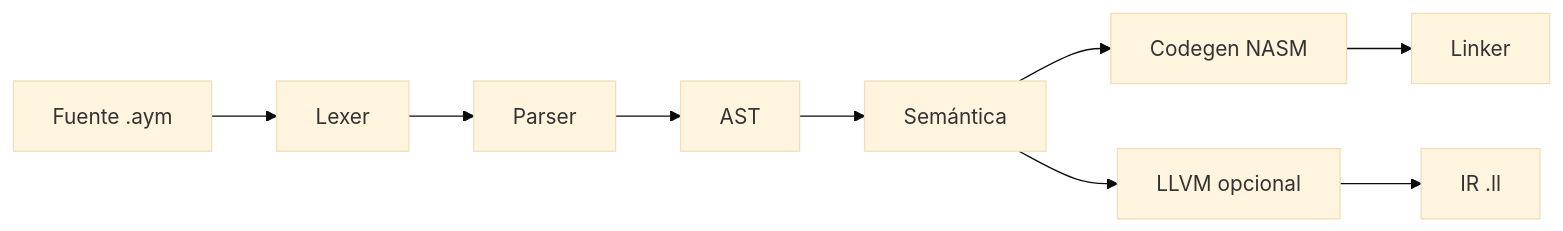
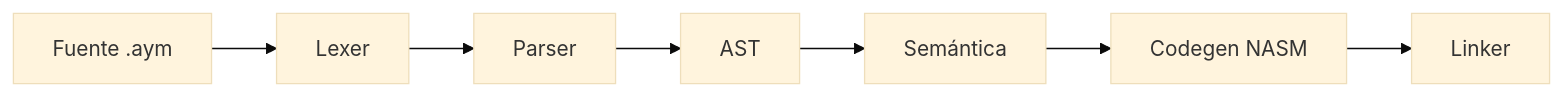
One commit to jhulio435m/aymaraLang changed the diagram in docs/systems_engineering/architecture.md. Above: the diagram before and after it, drawn with Mermaid (base theme). The commit also changed other lines of this file and 221 other files, not shown here.

````diff
--- a/docs/systems_engineering/architecture.md
+++ b/docs/systems_engineering/architecture.md
@@ -11,11 +11,9 @@
 ```mermaid
     flowchart LR
     A[Fuente .aym] --> B[Lexer]
     B --> C[Parser]
     C --> D[AST]
     D --> E[Semántica]
     E --> F[Codegen NASM]
     F --> G[Linker]
-    E --> H[LLVM opcional]
-    H --> I[IR .ll]
 ```
````
